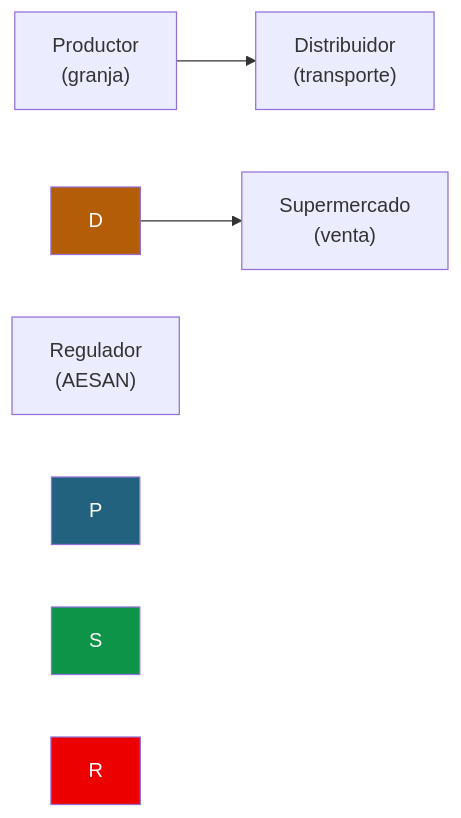
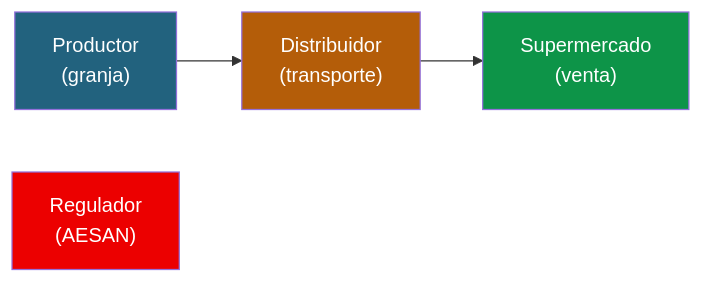
The first of 2 diagrams in Modulo-3/ejercicio-cadena_suministro.md (jjnieto/Curso-HLFabric), drawn with Mermaid before and after one commit. The commit also changed other lines of this file, not shown here.

````diff
--- a/Modulo-3/ejercicio-cadena_suministro.md
+++ b/Modulo-3/ejercicio-cadena_suministro.md
@@ -19,11 +18,11 @@
 ```mermaid
 graph LR
-    P\["Productor<br/>(granja)"] --> D\["Distribuidor<br/>(transporte)"]
-    D --> S\["Supermercado<br/>(venta)"]
-    R\["Regulador<br/>(AESAN)"]
+    P["Productor<br/>(granja)"] --> D["Distribuidor<br/>(transporte)"]
+    D --> S["Supermercado<br/>(venta)"]
+    R["Regulador<br/>(AESAN)"]
 
     style P fill:#22627E,color:#fff
     style D fill:#B45D09,color:#fff
     style S fill:#0D9448,color:#fff
     style R fill:#EC0000,color:#fff
 ```
````
